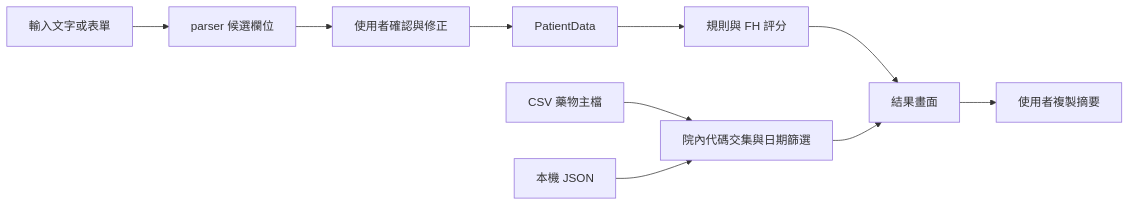
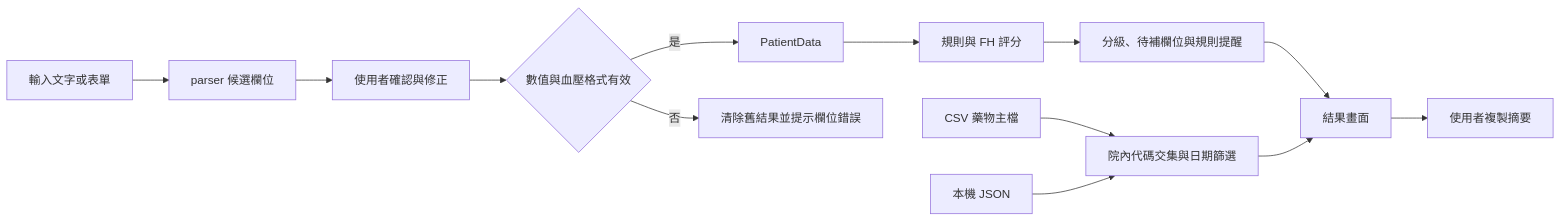
The diagram in docs/ARCHITECTURE.md (ccwang11/Statin_NHI_TW), drawn with Mermaid before and after one commit. The commit also changed other lines of this file and 15 other files, not shown here.

````diff
--- a/docs/ARCHITECTURE.md
+++ b/docs/ARCHITECTURE.md
@@ -19,12 +21,15 @@
 ```mermaid
 flowchart LR
     A[輸入文字或表單] --> B[parser 候選欄位]
     B --> C[使用者確認與修正]
-    C --> D[PatientData]
+    C --> V{數值與血壓格式有效}
+    V -->|是| D[PatientData]
+    V -->|否| X[清除舊結果並提示欄位錯誤]
     D --> E[規則與 FH 評分]
     F[CSV 藥物主檔] --> G[院內代碼交集與日期篩選]
     H[本機 JSON] --> G
-    E --> I[結果畫面]
+    E --> R[分級、待補欄位與規則提醒]
+    R --> I[結果畫面]
     G --> I
     I --> J[使用者複製摘要]
 ```
````
